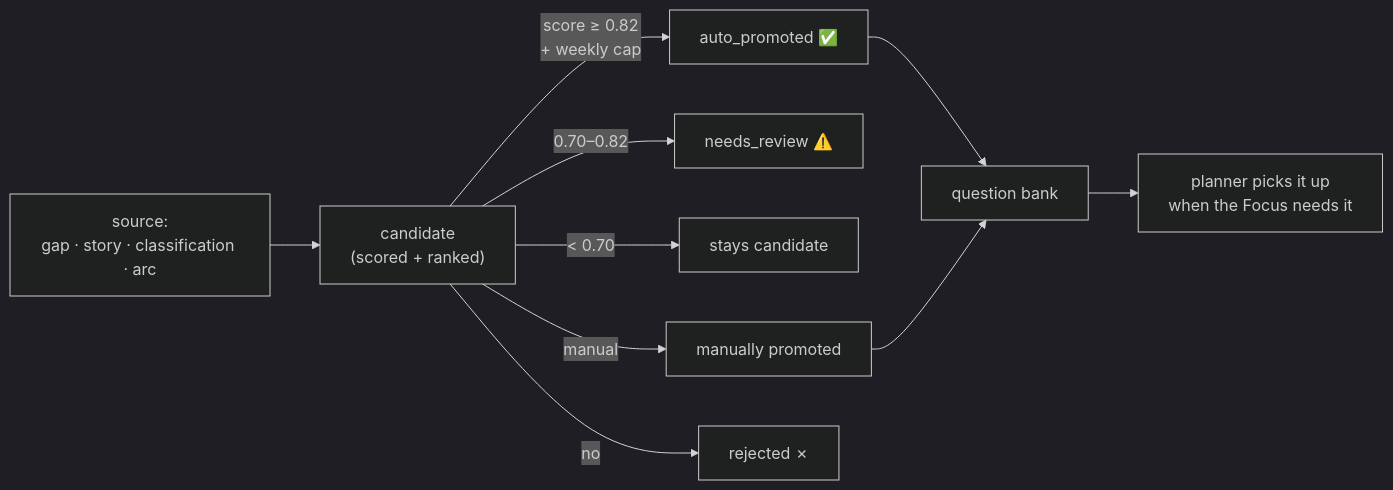
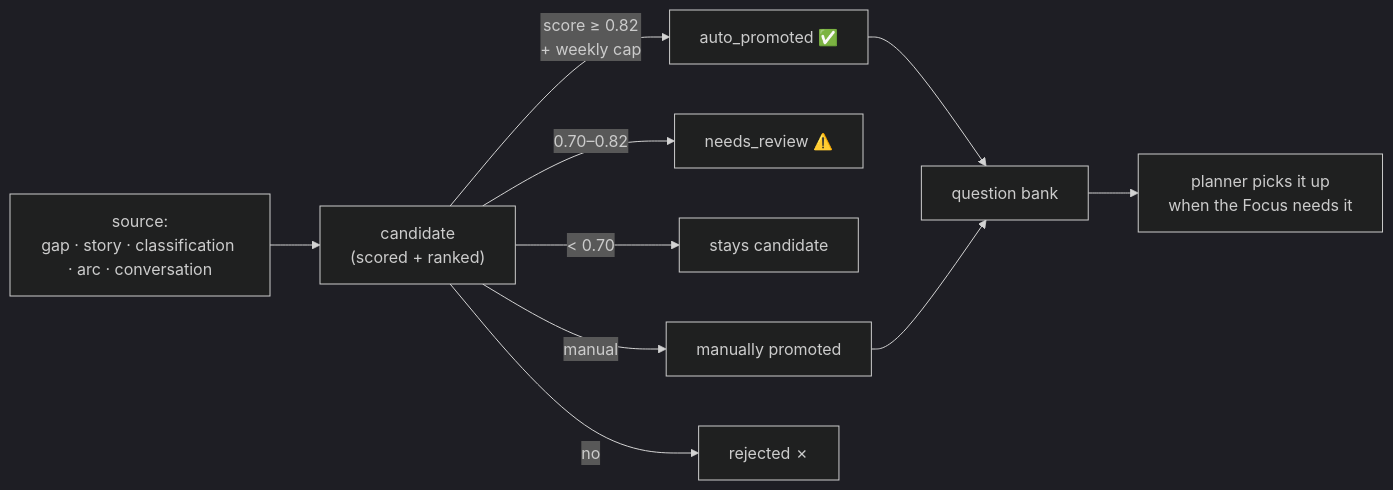
One commit to lifehug/lifehug changed the seventh of 9 diagrams in README.md. Above: the diagram before and after it, drawn with Mermaid (dark theme). The commit also changed other lines of this file and 13 other files, not shown here.

````diff
--- a/README.md
+++ b/README.md
@@ -257,12 +289,12 @@
 ```mermaid
 flowchart LR
-    SRC["source:<br/>gap · story · classification · arc"] --> C["candidate<br/>(scored + ranked)"] 
+    SRC["source:<br/>gap · story · classification · arc · conversation"] --> C["candidate<br/>(scored + ranked)"] 
     C -->|"score ≥ 0.82\n+ weekly cap"| AUTO["auto_promoted ✅"]
     C -->|"0.70–0.82"| REV["needs_review ⚠️"]
     C -->|"< 0.70"| LOW["stays candidate"]
     C -->|manual| MAN["manually promoted"]
     C -->|no| REJ["rejected ✗"]
     AUTO --> BANK["question bank"]
     MAN --> BANK
     BANK --> PLAN["planner picks it up<br/>when the Focus needs it"]
 ```
````
